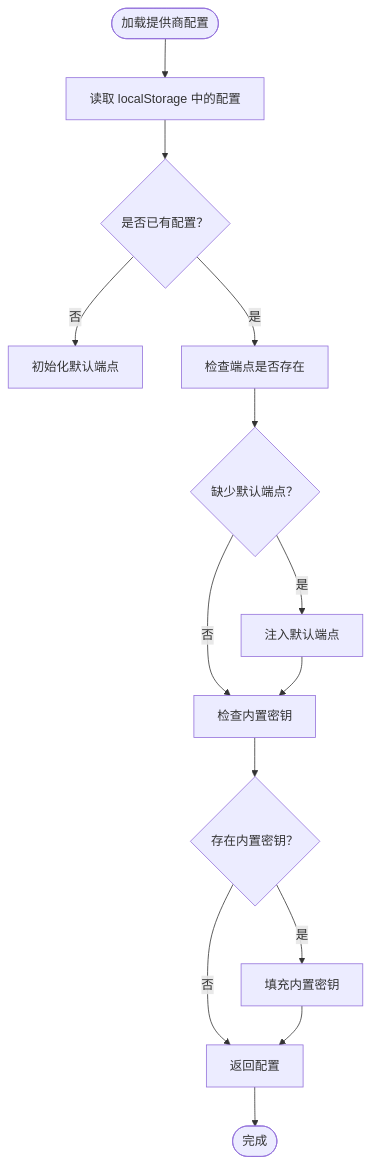
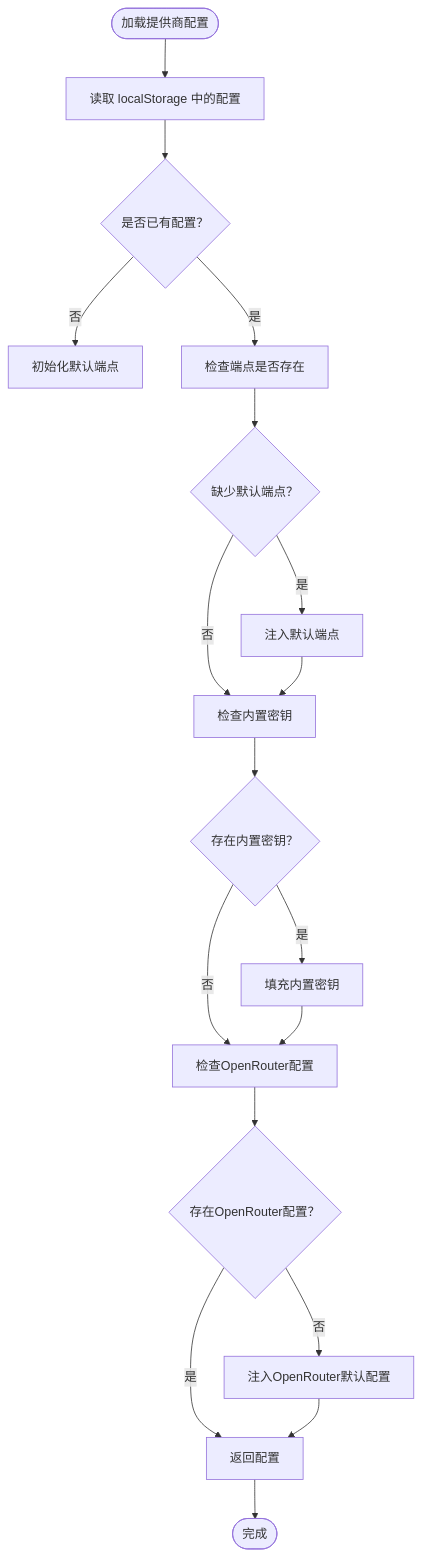
One commit to ghg618-ui/meihuayili-3.8 changed the third of 6 diagrams in .qoder/repowiki/zh/content/数据存储/系统设置存储.md. Above: the diagram before and after it, drawn with Mermaid. The commit also changed other lines of this file and 3 other files, not shown here.

````diff
--- a/.qoder/repowiki/zh/content/数据存储/系统设置存储.md
+++ b/.qoder/repowiki/zh/content/数据存储/系统设置存储.md
@@ -158,16 +176,20 @@
 ```mermaid
 flowchart TD
 Start(["加载提供商配置"]) --> LoadLocal["读取 localStorage 中的配置"]
 LoadLocal --> HasConfig{"是否已有配置？"}
 HasConfig --> |否| InitDefaults["初始化默认端点"]
 HasConfig --> |是| CheckEndpoints["检查端点是否存在"]
 CheckEndpoints --> NeedDefault{"缺少默认端点？"}
 NeedDefault --> |是| InjectDefaults["注入默认端点"]
 NeedDefault --> |否| CheckKey["检查内置密钥"]
 InjectDefaults --> CheckKey
 CheckKey --> HasBuiltIn{"存在内置密钥？"}
 HasBuiltIn --> |是| FillKey["填充内置密钥"]
-HasBuiltIn --> |否| ReturnConfigs["返回配置"]
-FillKey --> ReturnConfigs
+HasBuiltIn --> |否| CheckOpenRouter["检查OpenRouter配置"]
+FillKey --> CheckOpenRouter
+CheckOpenRouter --> HasOpenRouter{"存在OpenRouter配置？"}
+HasOpenRouter --> |是| ReturnConfigs["返回配置"]
+HasOpenRouter --> |否| InjectOpenRouter["注入OpenRouter默认配置"]
+InjectOpenRouter --> ReturnConfigs
 ReturnConfigs --> End(["完成"])
 ```
````
